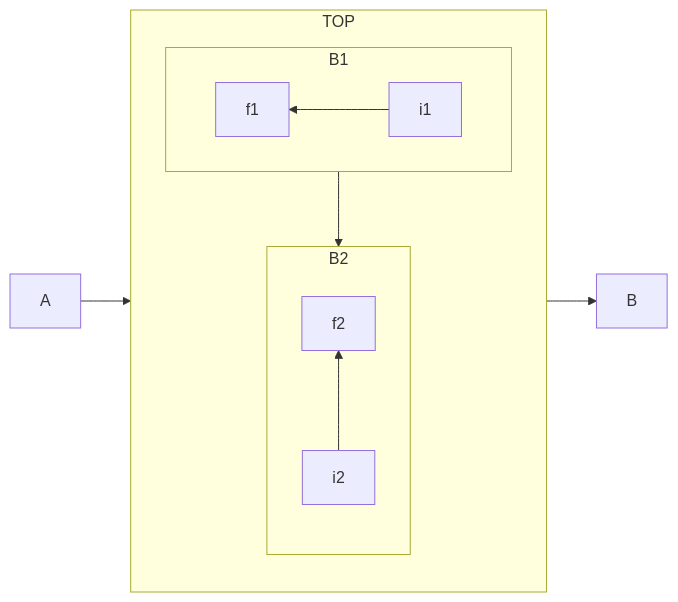
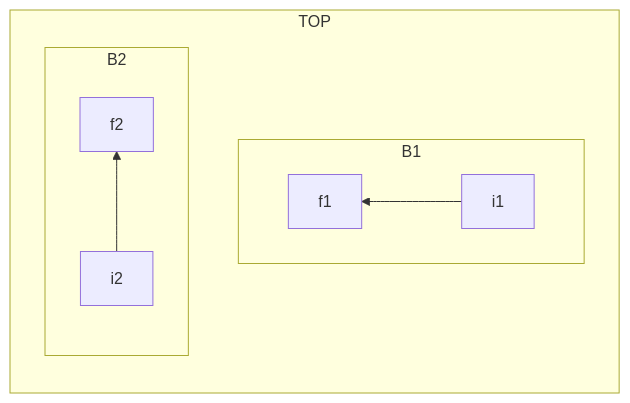
Before and after one commit to kuku0508/kuku_note_ver_2: the first of 2 diagrams in 知識/程式語言/Mermaid/語法/流程圖/子流程區域方向.md, drawn with Mermaid. The commit also changed other lines of this file and 2 other files, not shown here.

````diff
--- a/知識/程式語言/Mermaid/語法/流程圖/子流程區域方向.md
+++ b/知識/程式語言/Mermaid/語法/流程圖/子流程區域方向.md
@@ -2,16 +2,14 @@
 ```Mermaid
 flowchart LR
   subgraph TOP
     direction TB
     subgraph B1
         direction RL
         i1 -->f1
     end
     subgraph B2
         direction BT
         i2 -->f2
     end
   end
-  A --> TOP --> B
-  B1 --> B2
 ```
````
